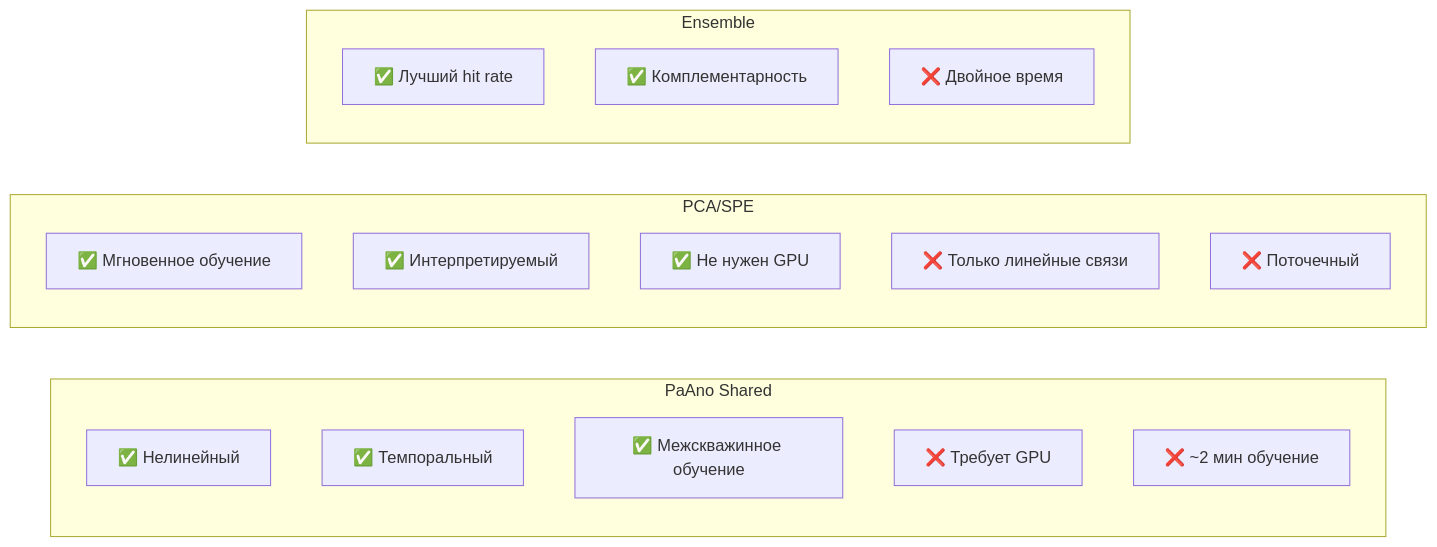
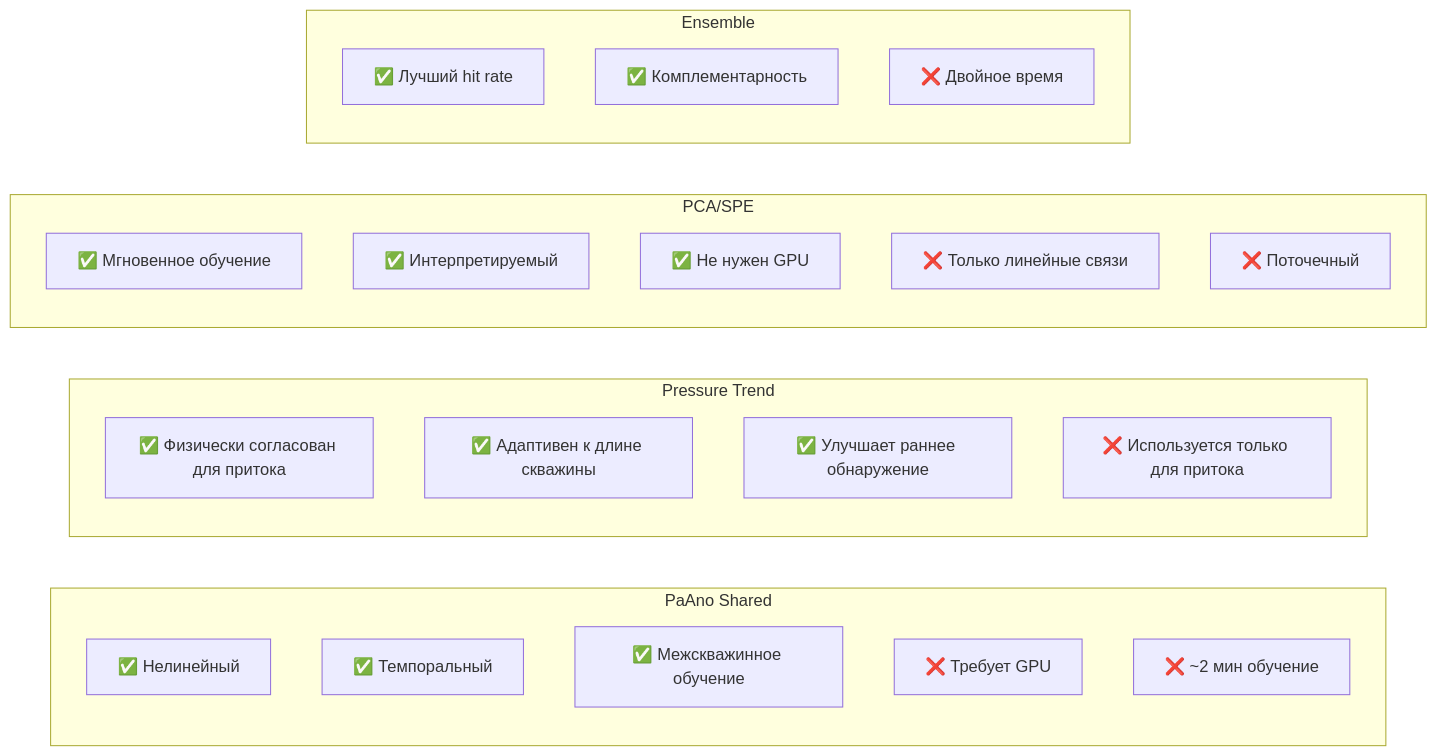
Before and after one commit to DarkPrinceWarrior/alma_servie: the fifth of 8 diagrams in docs/ALMA_система_детекции_аномалий.md, drawn with Mermaid. The commit also changed other lines of this file and 6 other files, not shown here.

Commit message:
Add pritok pressure trend detection docs

````diff
--- a/docs/ALMA_система_детекции_аномалий.md
+++ b/docs/ALMA_система_детекции_аномалий.md
@@ -316,24 +358,31 @@
 ```mermaid
 graph LR
     subgraph PAANO["PaAno Shared"]
         P1["✅ Нелинейный"]
         P2["✅ Темпоральный"]
         P3["✅ Межскважинное обучение"]
         P4["❌ Требует GPU"]
         P5["❌ ~2 мин обучение"]
+    end
+
+    subgraph PTR["Pressure Trend"]
+        T1["✅ Физически согласован для притока"]
+        T2["✅ Адаптивен к длине скважины"]
+        T3["✅ Улучшает раннее обнаружение"]
+        T4["❌ Используется только для притока"]
     end
 
     subgraph PCASPE["PCA/SPE"]
         Q1["✅ Мгновенное обучение"]
         Q2["✅ Интерпретируемый"]
         Q3["✅ Не нужен GPU"]
         Q4["❌ Только линейные связи"]
         Q5["❌ Поточечный"]
     end
 
     subgraph ENSEMBLE["Ensemble"]
         R1["✅ Лучший hit rate"]
         R2["✅ Комплементарность"]
         R3["❌ Двойное время"]
     end
 ```
````
